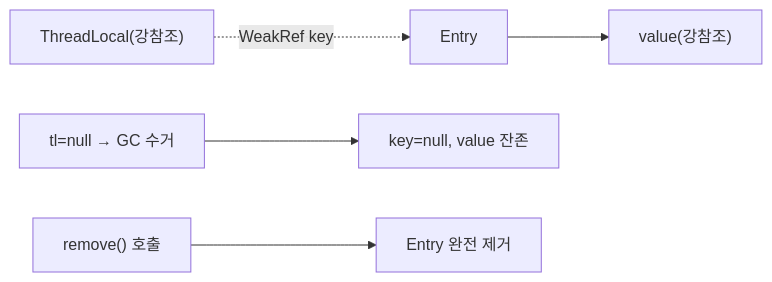
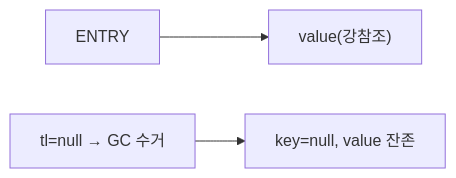
Before and after one commit to yjkim2015/yjkim2015.github.io: the fourth of 5 diagrams in _posts/java/2026-05-01-java-threadlocal.md, drawn with Mermaid. The commit also changed other lines of this file and 149 other files, not shown here.

First line of the commit message:
Mermaid 가독성 개선: 라벨 축약, 노드 축소, TD→LR 변환

````diff
--- a/_posts/java/2026-05-01-java-threadlocal.md
+++ b/_posts/java/2026-05-01-java-threadlocal.md
@@ -188,7 +187,5 @@
 ```mermaid
 graph LR
-    TL["ThreadLocal(강참조)"] -.->|"WeakRef key"| ENTRY["Entry"]
     ENTRY --> VAL["value(강참조)"]
     NULL["tl=null → GC 수거"] --> LEAK["key=null, value 잔존"]
-    REMOVE["remove() 호출"] --> CLEAN["Entry 완전 제거"]
 ```
````
